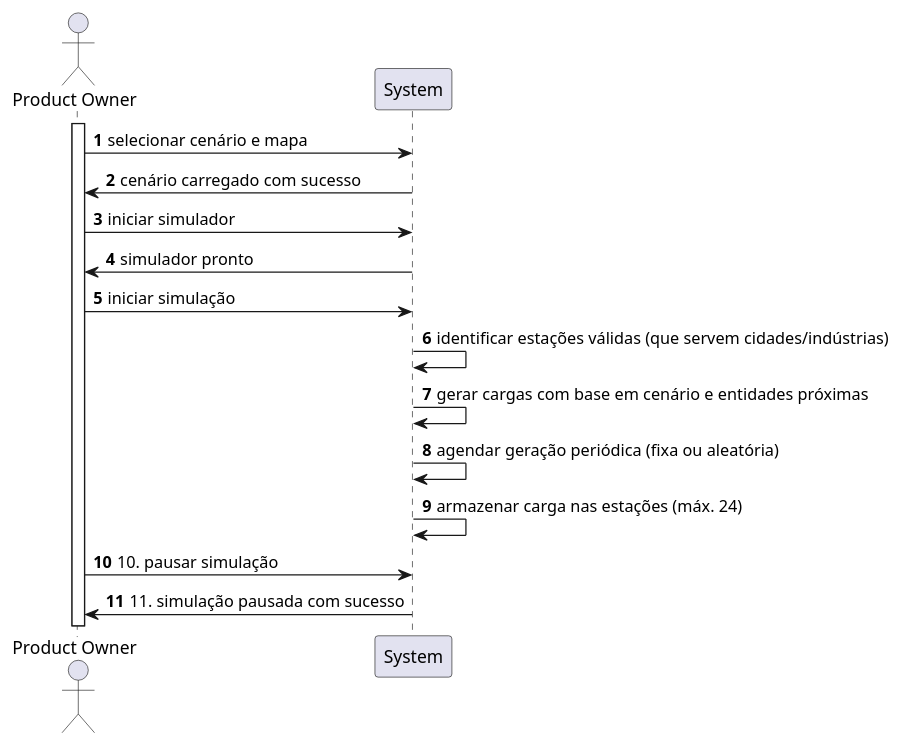
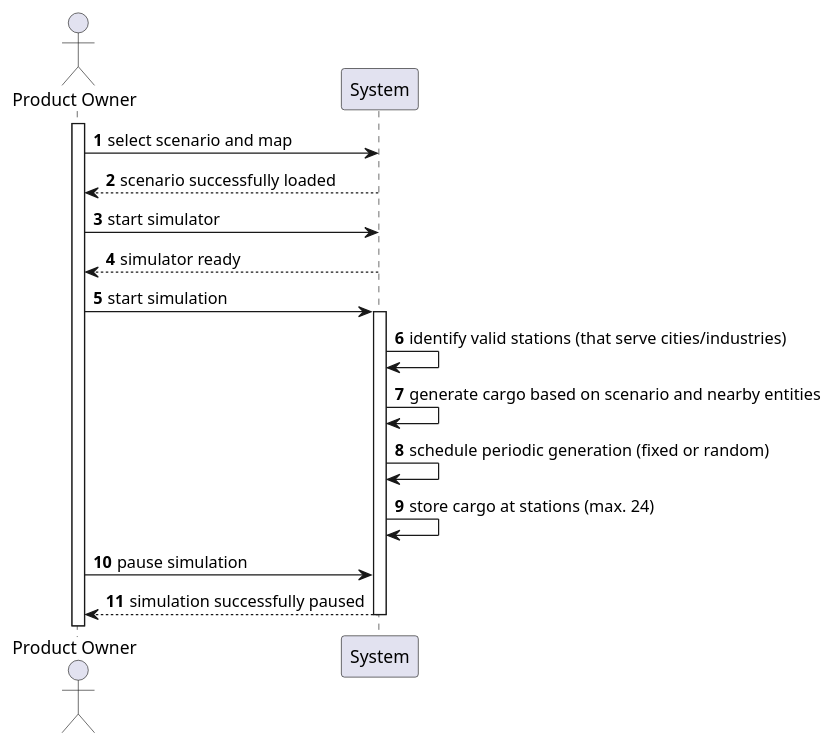
Before and after one commit to Andremonteiro1240850/railway_simulator: the diagram in docs/system-documentation/US12/01.requirements-engineering.us12/puml/us12Diagram.puml, drawn with PlantUML. The commit also changed 18 other files, not shown here.

```diff
--- a/docs/system-documentation/US12/01.requirements-engineering.us12/puml/us12Diagram.puml
+++ b/docs/system-documentation/US12/01.requirements-engineering.us12/puml/us12Diagram.puml
@@ -1,25 +1,25 @@
 @startuml
 actor "Product Owner" as PO
 participant System
 
 activate PO
 
 autonumber
 
-PO -> System :  selecionar cenário e mapa
-System -> PO :  cenário carregado com sucesso
+PO -> System : select scenario and map
+System --> PO : scenario successfully loaded
 
-PO -> System :  iniciar simulador
-System -> PO :  simulador pronto
+PO -> System : start simulator
+System --> PO : simulator ready
 
-PO -> System :  iniciar simulação
+PO -> System : start simulation
+activate System
+System -> System : identify valid stations (that serve cities/industries)
+System -> System : generate cargo based on scenario and nearby entities
+System -> System : schedule periodic generation (fixed or random)
+System -> System : store cargo at stations (max. 24)
 
-System -> System :  identificar estações válidas (que servem cidades/indústrias)
-System -> System :  gerar cargas com base em cenário e entidades próximas
-System -> System :  agendar geração periódica (fixa ou aleatória)
-System -> System :  armazenar carga nas estações (máx. 24)
-
-
-PO -> System : 10. pausar simulação
-System -> PO : 11. simulação pausada com sucesso
+PO -> System : pause simulation
+System --> PO : simulation successfully paused
+deactivate System
 @enduml
```
